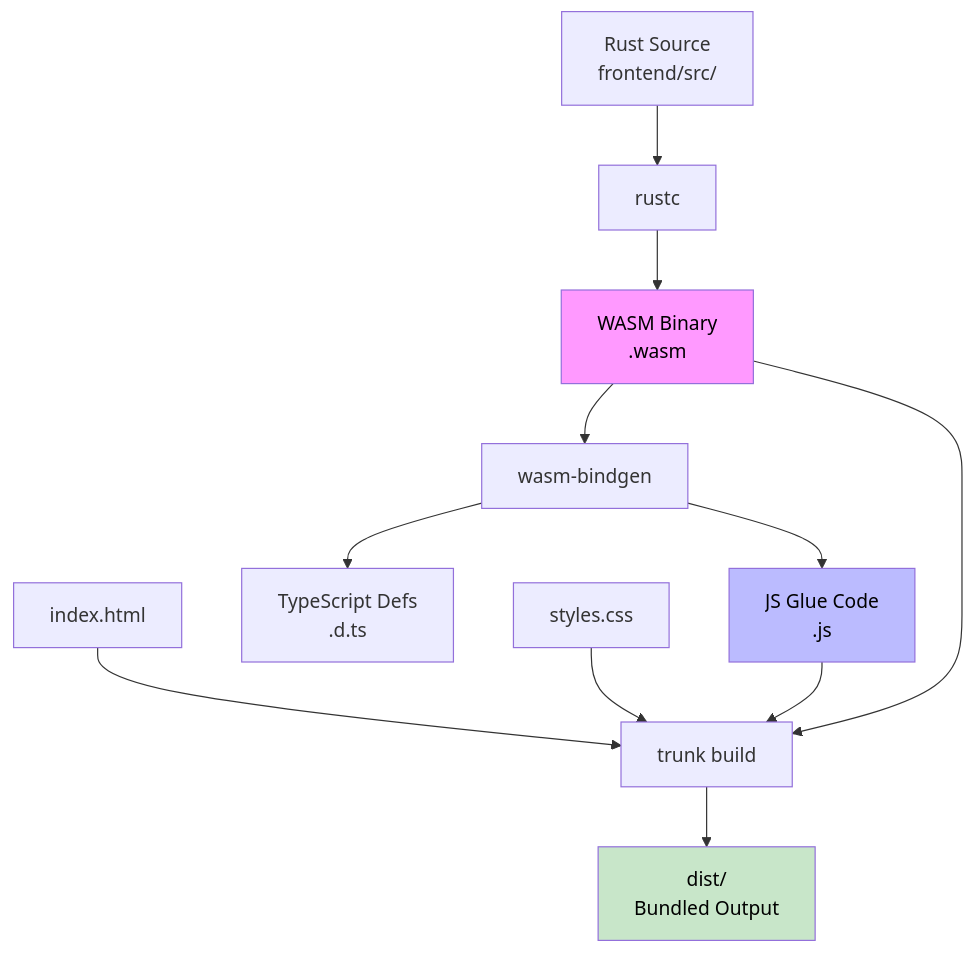
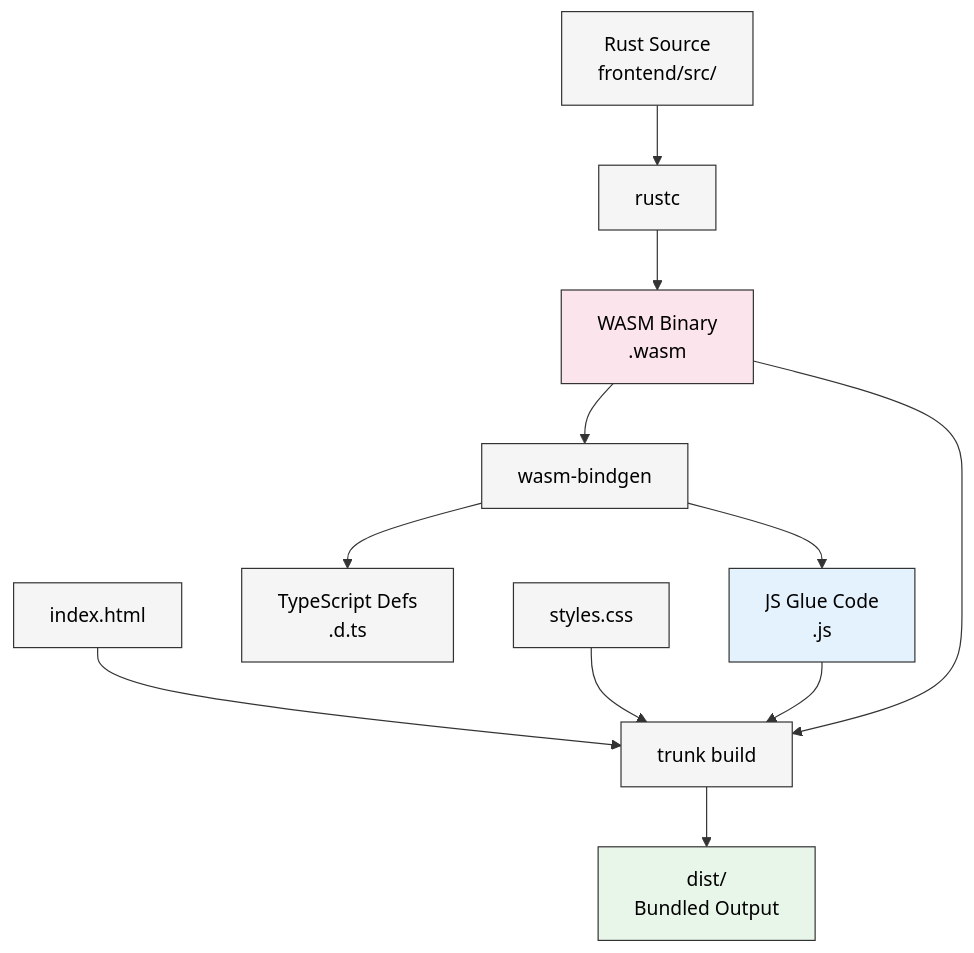
Before and after one commit to sw-game-dev/game-mcp-poc: the fourth of 5 diagrams in wiki/Frontend-Architecture.md, drawn with Mermaid. The commit also changed other lines of this file and 6 other files, not shown here.

First line of the commit message:
fix: Improve mermaid diagram contrast with theme and lighter colors

````diff
--- a/wiki/Frontend-Architecture.md
+++ b/wiki/Frontend-Architecture.md
@@ -457,20 +460,21 @@
 ```mermaid
+%%{init: {'theme':'base', 'themeVariables': {'primaryColor':'#f5f5f5','primaryTextColor':'#000','primaryBorderColor':'#333','lineColor':'#333','secondaryColor':'#f5f5f5','tertiaryColor':'#f5f5f5'}}}%%
 graph TB
     A[Rust Source<br/>frontend/src/] --> B[rustc]
     B --> C[WASM Binary<br/>.wasm]
     C --> D[wasm-bindgen]
     D --> E[JS Glue Code<br/>.js]
     D --> F[TypeScript Defs<br/>.d.ts]
 
     G[index.html] --> H[trunk build]
     I[styles.css] --> H
 
     E --> H
     C --> H
 
     H --> J[dist/<br/>Bundled Output]
 
-    style C fill:#f9f,color:#000
-    style E fill:#bbf,color:#000
-    style J fill:#c8e6c9,color:#000
+    style C fill:#fce4ec,color:#000
+    style E fill:#e3f2fd,color:#000
+    style J fill:#e8f5e9,color:#000
 ```
````
